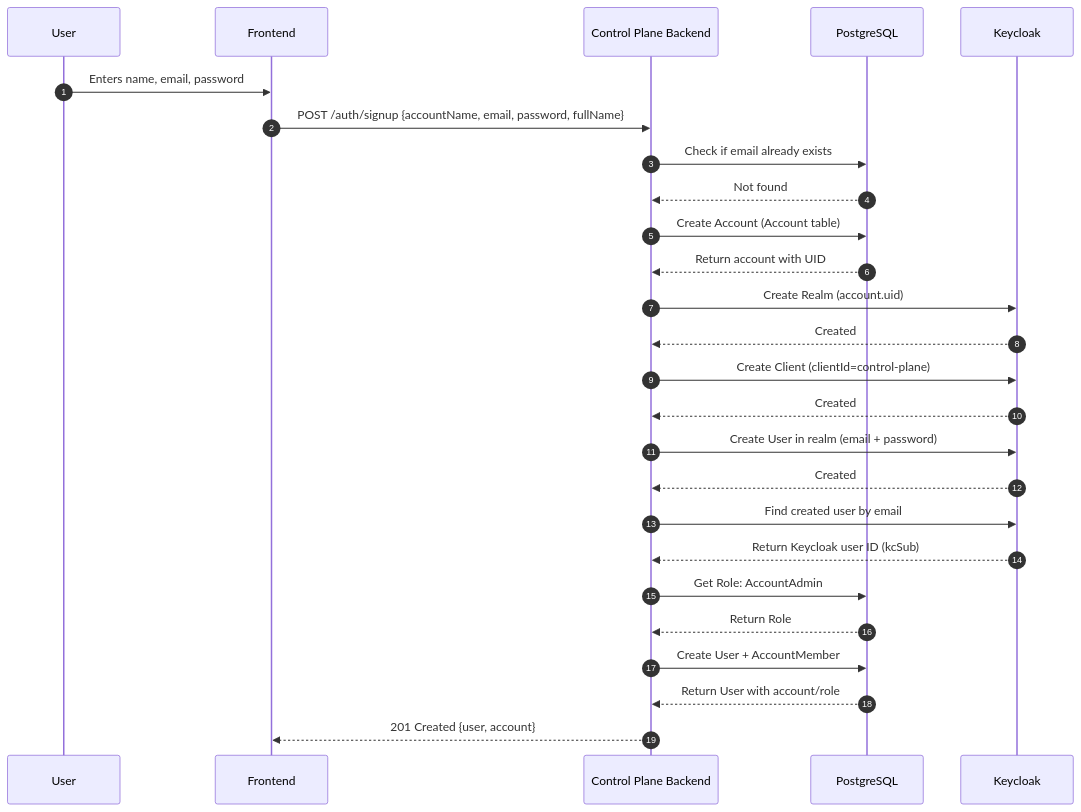
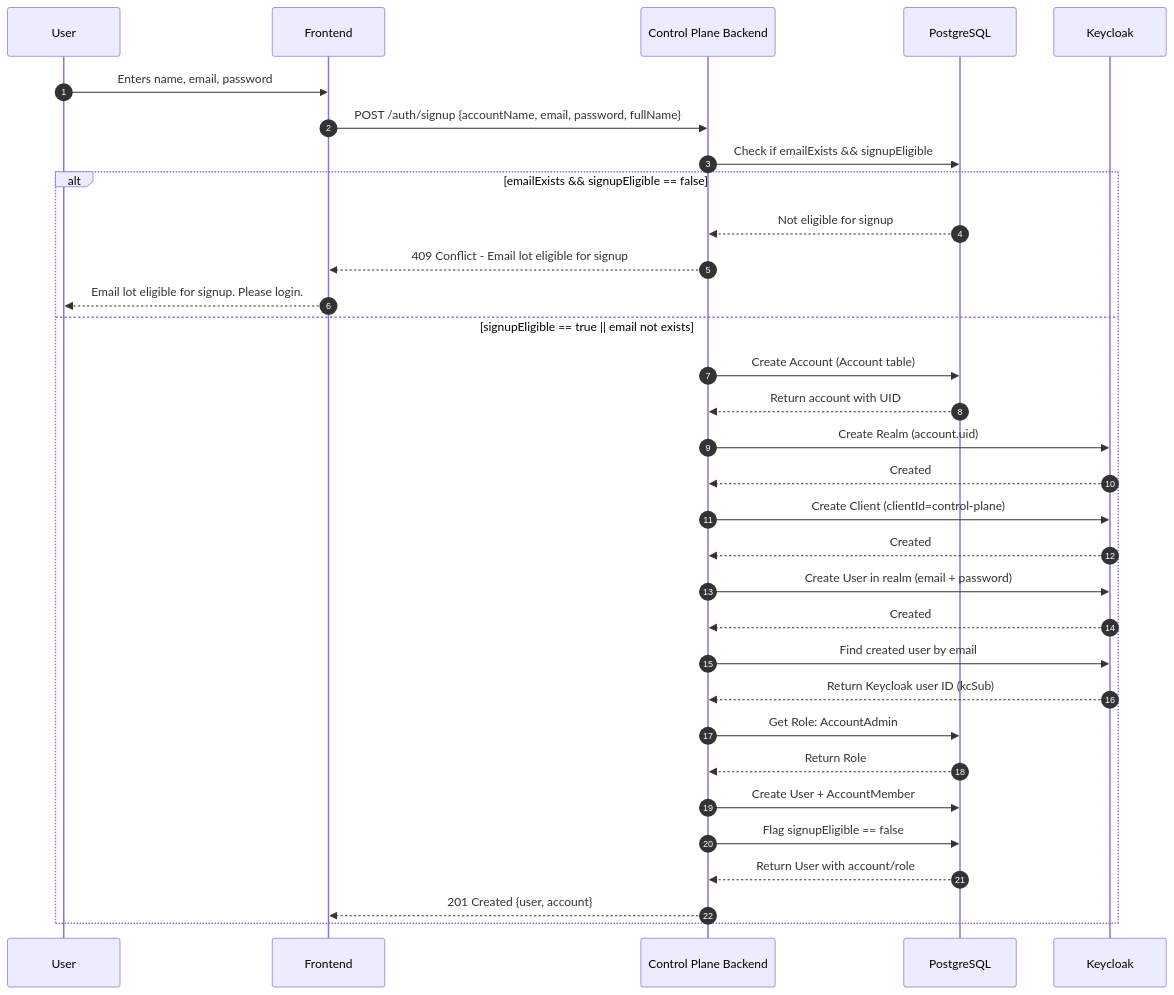
The diagram in docs/authentication/signup.md (Aman1quant/sparqd-control-plane), drawn with Mermaid before and after one commit.

Commit message:
update signup flow

````diff
--- a/docs/authentication/signup.md
+++ b/docs/authentication/signup.md
@@ -4,38 +4,44 @@
 ```mermaid
 sequenceDiagram
     autonumber
     participant U as User
     participant UI as Frontend
     participant BE as Control Plane Backend
     participant DB as PostgreSQL
     participant KC as Keycloak
 
     U->>UI: Enters name, email, password
     UI->>BE: POST /auth/signup {accountName, email, password, fullName}
 
-    BE->>DB: Check if email already exists
-    DB-->>BE: Not found
+    BE->>DB: Check if emailExists && signupEligible
+    alt emailExists && signupEligible == false
+        DB-->>BE: Not eligible for signup
+        BE-->>UI: 409 Conflict - Email lot eligible for signup
+        UI-->>U: Email lot eligible for signup. Please login.
+    else signupEligible == true || email not exists
 
-    BE->>DB: Create Account (Account table)
-    DB-->>BE: Return account with UID
+        BE->>DB: Create Account (Account table)
+        DB-->>BE: Return account with UID
 
-    BE->>KC: Create Realm (account.uid)
-    KC-->>BE: Created
+        BE->>KC: Create Realm (account.uid)
+        KC-->>BE: Created
 
-    BE->>KC: Create Client (clientId=control-plane)
-    KC-->>BE: Created
+        BE->>KC: Create Client (clientId=control-plane)
+        KC-->>BE: Created
 
-    BE->>KC: Create User in realm (email + password)
-    KC-->>BE: Created
+        BE->>KC: Create User in realm (email + password)
+        KC-->>BE: Created
 
-    BE->>KC: Find created user by email
-    KC-->>BE: Return Keycloak user ID (kcSub)
+        BE->>KC: Find created user by email
+        KC-->>BE: Return Keycloak user ID (kcSub)
 
-    BE->>DB: Get Role: AccountAdmin
-    DB-->>BE: Return Role
+        BE->>DB: Get Role: AccountAdmin
+        DB-->>BE: Return Role
 
-    BE->>DB: Create User + AccountMember
-    DB-->>BE: Return User with account/role
+        BE->>DB: Create User + AccountMember
+        BE->>DB: Flag signupEligible == false
+        DB-->>BE: Return User with account/role
 
-    BE-->>UI: 201 Created {user, account}
+        BE-->>UI: 201 Created {user, account}
+    end
 ```
````
